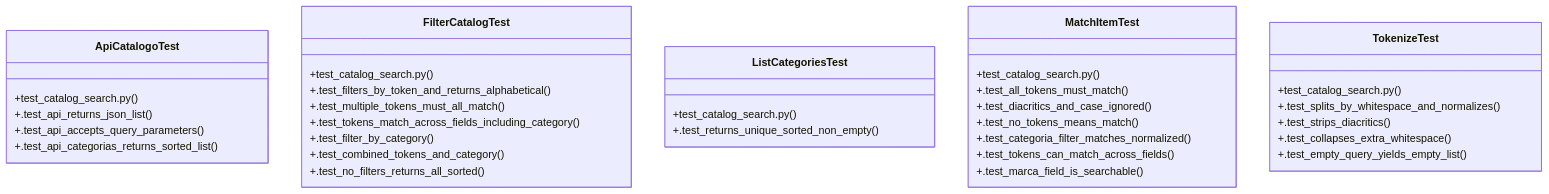
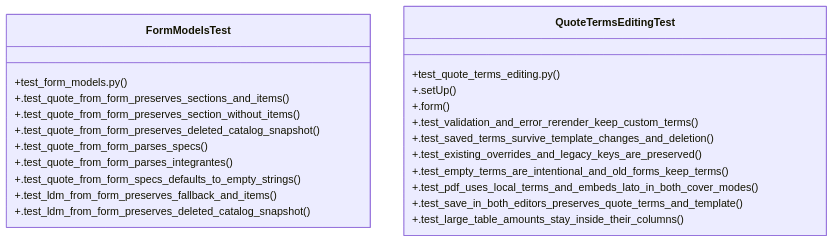
One commit to Daftrick/ProjectTracker changed the diagram in graphify-out/wiki/Community_12.md. Above: the diagram before and after it, drawn with Mermaid. The commit also changed other lines of this file and 544 other files, not shown here.

````diff
--- a/graphify-out/wiki/Community_12.md
+++ b/graphify-out/wiki/Community_12.md
@@ -36,38 +36,26 @@
 ```mermaid
 classDiagram
-    class ApiCatalogoTest {
-        +test_catalog_search.py()
-        +.test_api_returns_json_list()
-        +.test_api_accepts_query_parameters()
-        +.test_api_categorias_returns_sorted_list()
+    class FormModelsTest {
+        +test_form_models.py()
+        +.test_quote_from_form_preserves_sections_and_items()
+        +.test_quote_from_form_preserves_section_without_items()
+        +.test_quote_from_form_preserves_deleted_catalog_snapshot()
+        +.test_quote_from_form_parses_specs()
+        +.test_quote_from_form_parses_integrantes()
+        +.test_quote_from_form_specs_defaults_to_empty_strings()
+        +.test_ldm_from_form_preserves_fallback_and_items()
+        +.test_ldm_from_form_preserves_deleted_catalog_snapshot()
     }
-    class FilterCatalogTest {
-        +test_catalog_search.py()
-        +.test_filters_by_token_and_returns_alphabetical()
-        +.test_multiple_tokens_must_all_match()
-        +.test_tokens_match_across_fields_including_category()
-        +.test_filter_by_category()
-        +.test_combined_tokens_and_category()
-        +.test_no_filters_returns_all_sorted()
-    }
-    class ListCategoriesTest {
-        +test_catalog_search.py()
-        +.test_returns_unique_sorted_non_empty()
-    }
-    class MatchItemTest {
-        +test_catalog_search.py()
-        +.test_all_tokens_must_match()
-        +.test_diacritics_and_case_ignored()
-        +.test_no_tokens_means_match()
-        +.test_categoria_filter_matches_normalized()
-        +.test_tokens_can_match_across_fields()
-        +.test_marca_field_is_searchable()
-    }
-    class TokenizeTest {
-        +test_catalog_search.py()
-        +.test_splits_by_whitespace_and_normalizes()
-        +.test_strips_diacritics()
-        +.test_collapses_extra_whitespace()
-        +.test_empty_query_yields_empty_list()
+    class QuoteTermsEditingTest {
+        +test_quote_terms_editing.py()
+        +.setUp()
+        +.form()
+        +.test_validation_and_error_rerender_keep_custom_terms()
+        +.test_saved_terms_survive_template_changes_and_deletion()
+        +.test_existing_overrides_and_legacy_keys_are_preserved()
+        +.test_empty_terms_are_intentional_and_old_forms_keep_terms()
+        +.test_pdf_uses_local_terms_and_embeds_lato_in_both_cover_modes()
+        +.test_save_in_both_editors_preserves_quote_terms_and_template()
+        +.test_large_table_amounts_stay_inside_their_columns()
     }
 ```
````
